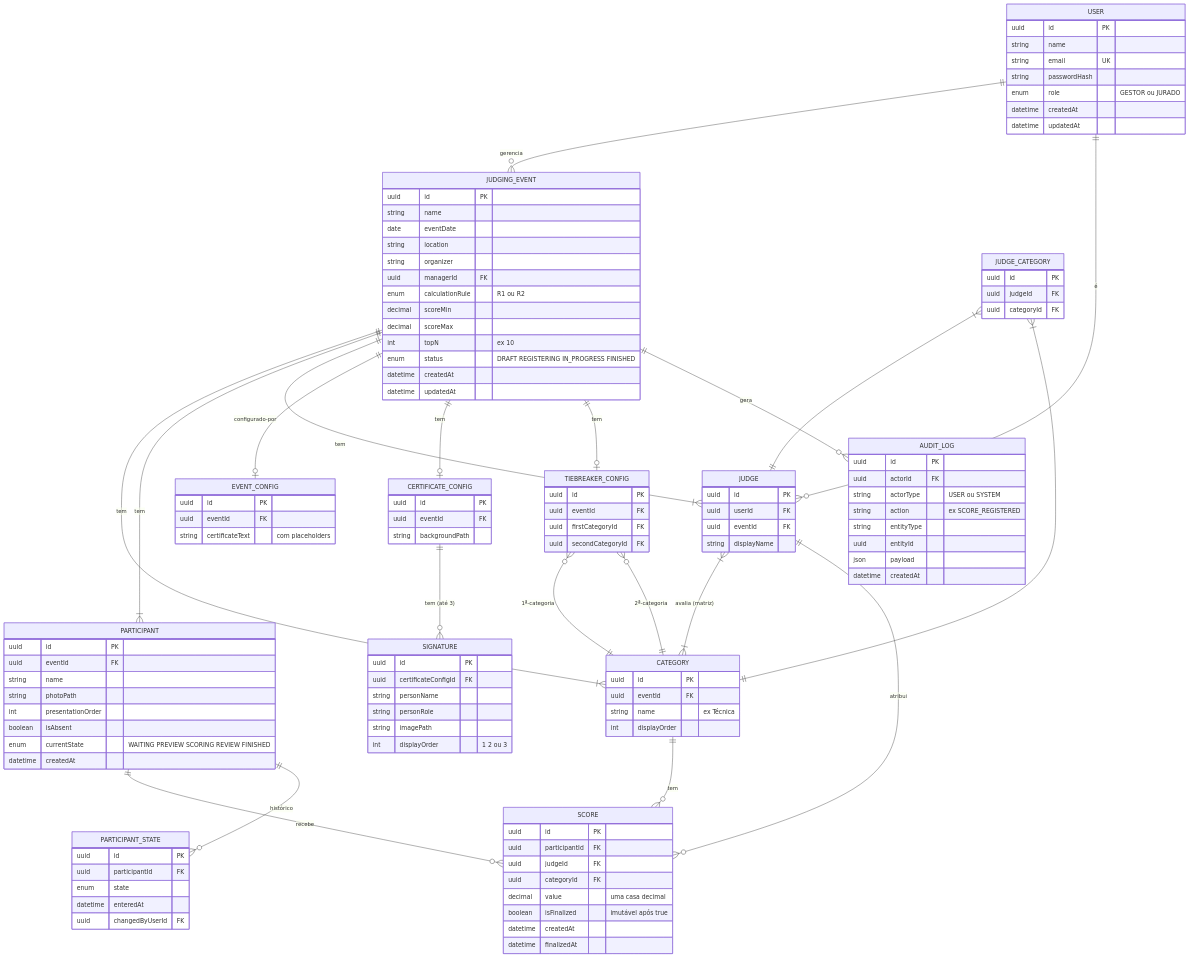
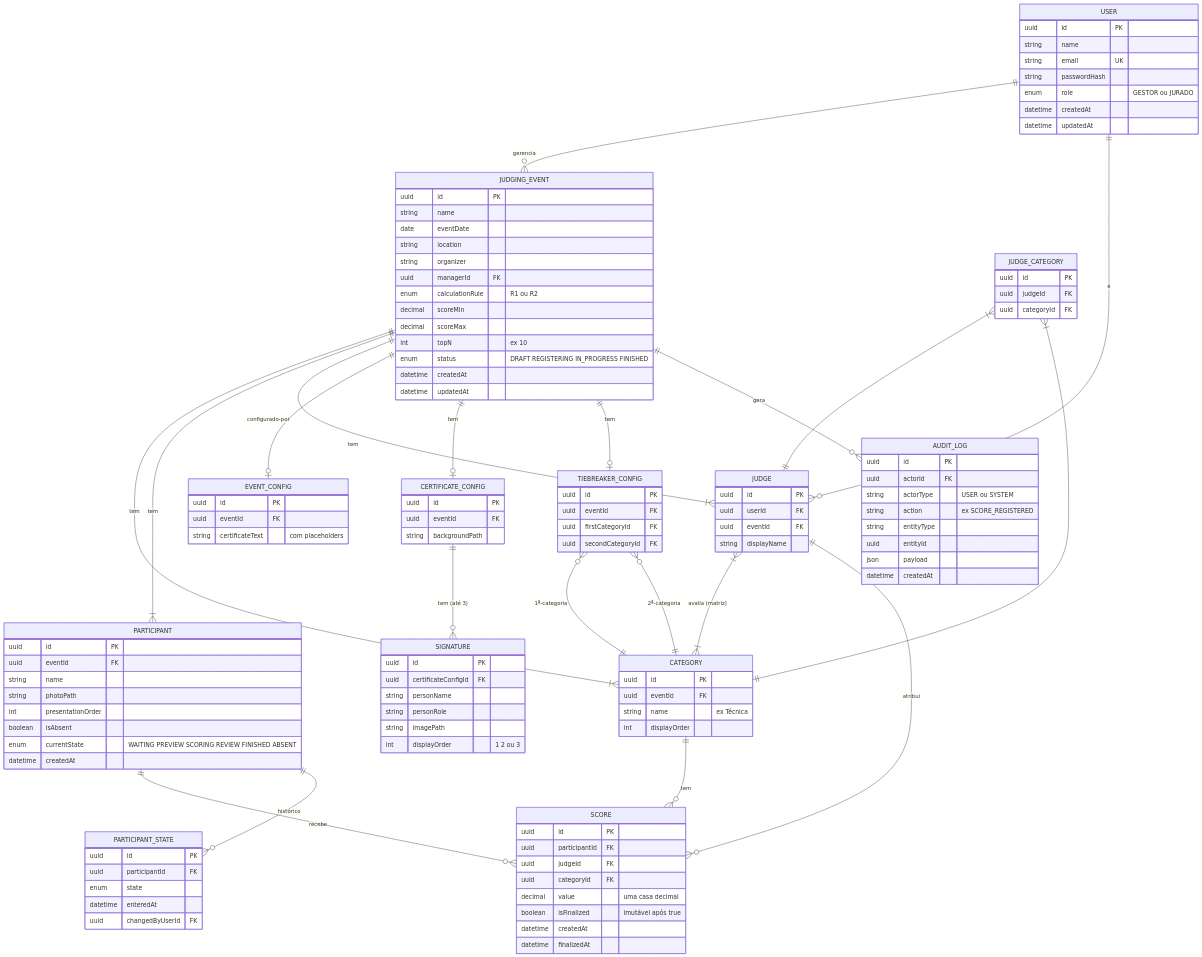
The diagram in docs/02-modelo-dominio.mmd (bfbrug/sistema-julgamento), drawn with Mermaid before and after one commit. The commit also changed 483 other files, not shown here.

```diff
--- a/docs/02-modelo-dominio.mmd
+++ b/docs/02-modelo-dominio.mmd
@@ -1,141 +1,141 @@
 erDiagram
     USER ||--o{ JUDGING_EVENT : "gerencia"
     USER ||--o{ JUDGE : "é"
 
     JUDGING_EVENT ||--|{ CATEGORY : "tem"
     JUDGING_EVENT ||--|{ PARTICIPANT : "tem"
     JUDGING_EVENT ||--|{ JUDGE : "tem"
     JUDGING_EVENT ||--o| EVENT_CONFIG : "configurado-por"
     JUDGING_EVENT ||--o| CERTIFICATE_CONFIG : "tem"
     JUDGING_EVENT ||--o| TIEBREAKER_CONFIG : "tem"
     JUDGING_EVENT ||--o{ AUDIT_LOG : "gera"
 
     JUDGE }|--|{ CATEGORY : "avalia (matriz)"
     JUDGE_CATEGORY }|--|| JUDGE : ""
     JUDGE_CATEGORY }|--|| CATEGORY : ""
 
     PARTICIPANT ||--o{ SCORE : "recebe"
     JUDGE ||--o{ SCORE : "atribui"
     CATEGORY ||--o{ SCORE : "tem"
 
     PARTICIPANT ||--o{ PARTICIPANT_STATE : "histórico"
 
     CERTIFICATE_CONFIG ||--o{ SIGNATURE : "tem (até 3)"
 
     TIEBREAKER_CONFIG }o--|| CATEGORY : "1ª-categoria"
     TIEBREAKER_CONFIG }o--|| CATEGORY : "2ª-categoria"
 
     USER {
         uuid id PK
         string name
         string email UK
         string passwordHash
         enum role "GESTOR ou JURADO"
         datetime createdAt
         datetime updatedAt
     }
 
     JUDGING_EVENT {
         uuid id PK
         string name
         date eventDate
         string location
         string organizer
         uuid managerId FK
         enum calculationRule "R1 ou R2"
         decimal scoreMin
         decimal scoreMax
         int topN "ex 10"
         enum status "DRAFT REGISTERING IN_PROGRESS FINISHED"
         datetime createdAt
         datetime updatedAt
     }
 
     CATEGORY {
         uuid id PK
         uuid eventId FK
         string name "ex Técnica"
         int displayOrder
     }
 
     JUDGE {
         uuid id PK
         uuid userId FK
         uuid eventId FK
         string displayName
     }
 
     JUDGE_CATEGORY {
         uuid id PK
         uuid judgeId FK
         uuid categoryId FK
     }
 
     PARTICIPANT {
         uuid id PK
         uuid eventId FK
         string name
         string photoPath
         int presentationOrder
         boolean isAbsent
-        enum currentState "WAITING PREVIEW SCORING REVIEW FINISHED"
+        enum currentState "WAITING PREVIEW SCORING REVIEW FINISHED ABSENT"
         datetime createdAt
     }
 
     SCORE {
         uuid id PK
         uuid participantId FK
         uuid judgeId FK
         uuid categoryId FK
         decimal value "uma casa decimal"
         boolean isFinalized "imutável após true"
         datetime createdAt
         datetime finalizedAt
     }
 
     PARTICIPANT_STATE {
         uuid id PK
         uuid participantId FK
         enum state
         datetime enteredAt
         uuid changedByUserId FK
     }
 
     EVENT_CONFIG {
         uuid id PK
         uuid eventId FK
         string certificateText "com placeholders"
     }
 
     TIEBREAKER_CONFIG {
         uuid id PK
         uuid eventId FK
         uuid firstCategoryId FK
         uuid secondCategoryId FK
     }
 
     CERTIFICATE_CONFIG {
         uuid id PK
         uuid eventId FK
         string backgroundPath
     }
 
     SIGNATURE {
         uuid id PK
         uuid certificateConfigId FK
         string personName
         string personRole
         string imagePath
         int displayOrder "1 2 ou 3"
     }
 
     AUDIT_LOG {
         uuid id PK
         uuid actorId FK
         string actorType "USER ou SYSTEM"
         string action "ex SCORE_REGISTERED"
         string entityType
         uuid entityId
         json payload
         datetime createdAt
     }
```
